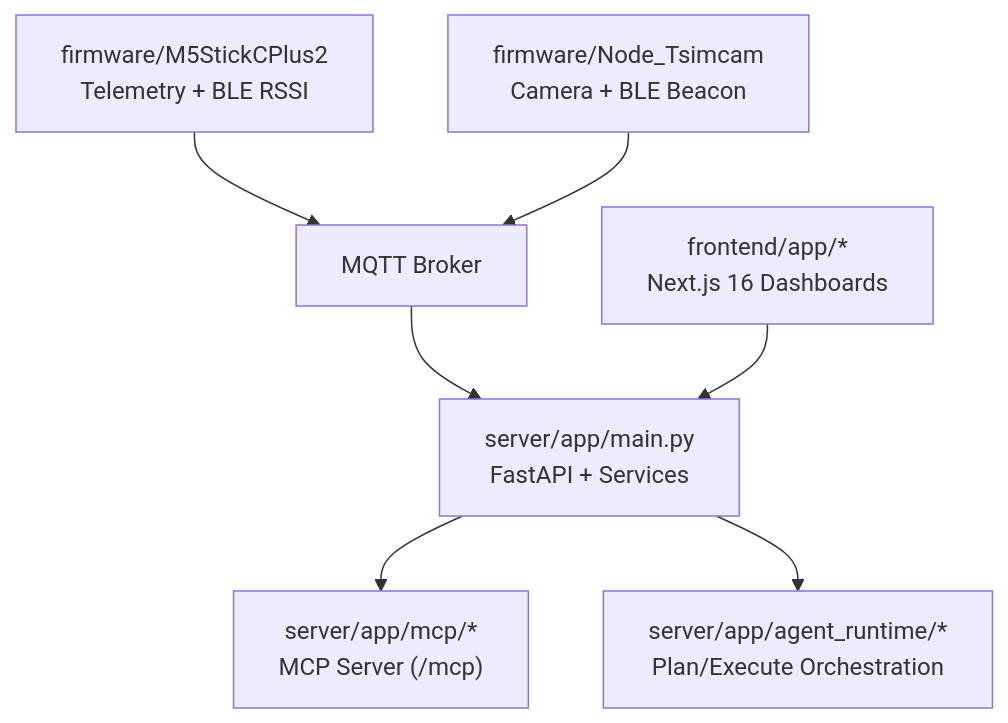
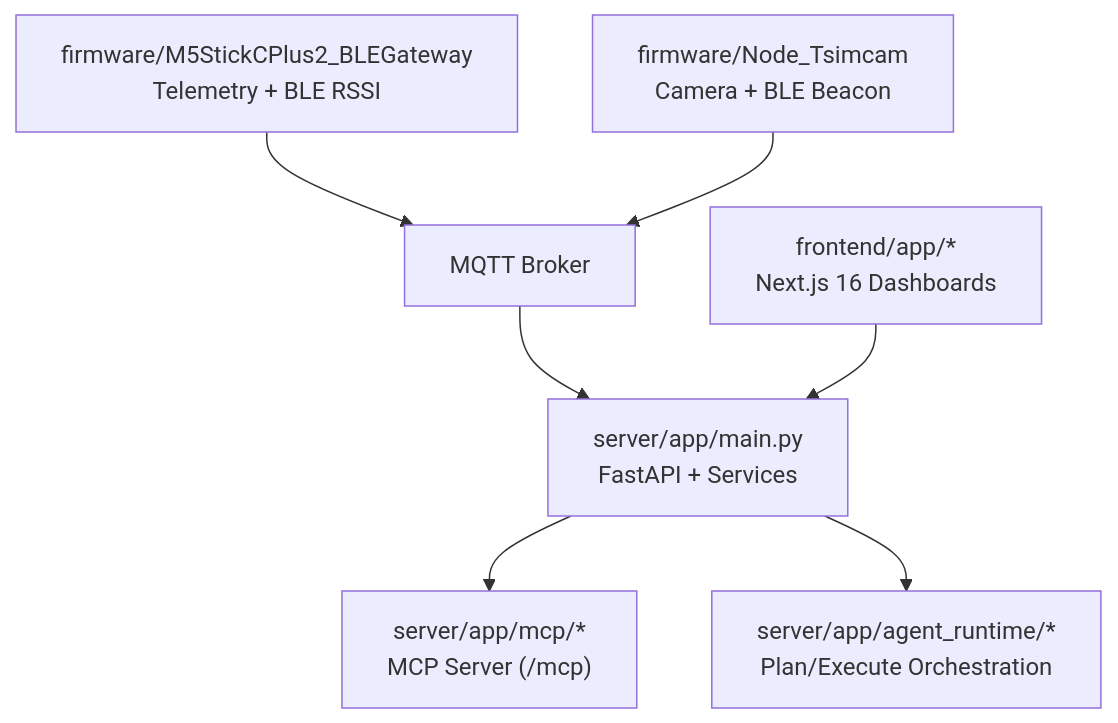
The second of 3 diagrams in docs/wiki/Development Guidelines.md (NnopponS/WheelSense_Project), drawn with Mermaid before and after one commit. The commit also changed other lines of this file and 1404 other files, not shown here.

````diff
--- a/docs/wiki/Development Guidelines.md
+++ b/docs/wiki/Development Guidelines.md
@@ -104,16 +104,16 @@
 ```mermaid
 graph TB
-FW["firmware/M5StickCPlus2<br/>Telemetry + BLE RSSI"]
+FW["firmware/M5StickCPlus2_BLEGateway<br/>Telemetry + BLE RSSI"]
 CAM["firmware/Node_Tsimcam<br/>Camera + BLE Beacon"]
 MQ["MQTT Broker"]
 SV["server/app/main.py<br/>FastAPI + Services"]
 MCP["server/app/mcp/*<br/>MCP Server (/mcp)"]
 AR["server/app/agent_runtime/*<br/>Plan/Execute Orchestration"]
 FE["frontend/app/*<br/>Next.js 16 Dashboards"]
 FW --> MQ
 CAM --> MQ
 MQ --> SV
 SV --> MCP
 SV --> AR
 FE --> SV
 ```
````
